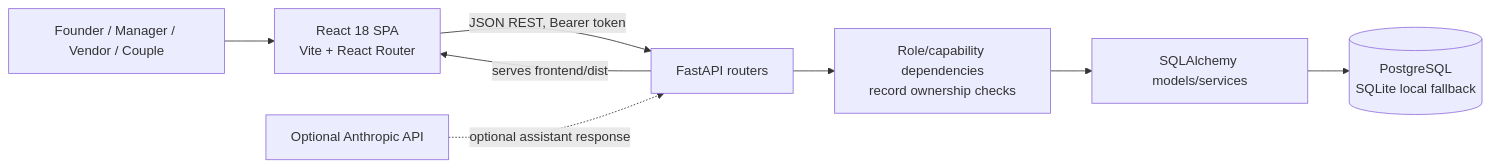
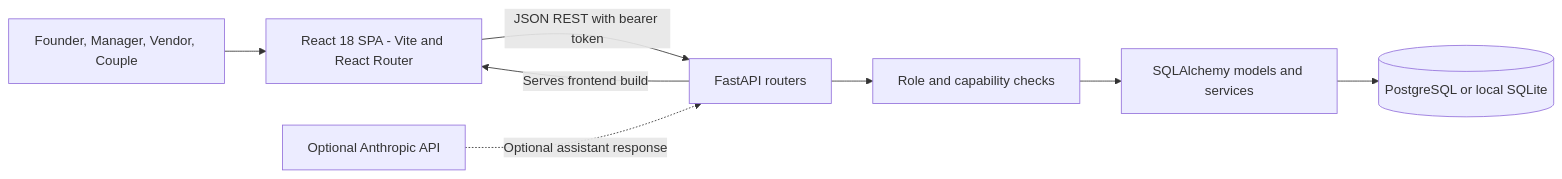
The first of 3 diagrams in README.md (Abilesha/odoo_finale), drawn with Mermaid before and after one commit. The commit also changed other lines of this file, not shown here.

First line of the commit message:
Revise diagrams in README for clarity

````diff
--- a/README.md
+++ b/README.md
@@ -89,10 +89,10 @@
 ```mermaid
 flowchart LR
-  U[Founder / Manager / Vendor / Couple] --> SPA[React 18 SPA<br/>Vite + React Router]
-  SPA -->|JSON REST, Bearer token| API[FastAPI routers]
-  API --> AUTH[Role/capability dependencies<br/>record ownership checks]
-  AUTH --> ORM[SQLAlchemy models/services]
-  ORM --> DB[(PostgreSQL<br/>SQLite local fallback)]
-  API -->|serves frontend/dist| SPA
-  AS[Optional Anthropic API] -. optional assistant response .-> API
+  U["Founder, Manager, Vendor, Couple"] --> SPA["React 18 SPA - Vite and React Router"]
+  SPA -->|"JSON REST with bearer token"| API["FastAPI routers"]
+  API --> AUTH["Role and capability checks"]
+  AUTH --> ORM["SQLAlchemy models and services"]
+  ORM --> DB[("PostgreSQL or local SQLite")]
+  API -->|"Serves frontend build"| SPA
+  AS["Optional Anthropic API"] -.->|"Optional assistant response"| API
 ```
````
